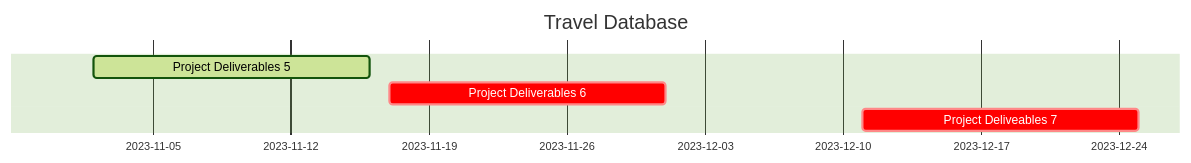
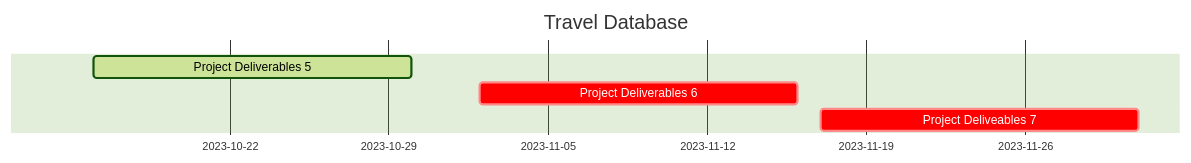
The second of 2 diagrams in DatabaseDesign.qmd (cmsc-vcu/cmsc508-fa2023-prj-traveldatabase-group), drawn with Mermaid (forest theme) before and after one commit. The commit also changed other lines of this file and 1 other file, not shown here.

````diff
--- a/DatabaseDesign.qmd
+++ b/DatabaseDesign.qmd
@@ -384,9 +384,9 @@
 ```{mermaid}
 gantt
-  dateFormat  2023-10-16
+  dateFormat  YYYY-MM-DD
     title       Travel Database
 
-     Project Deliverables 5 :active, a, 2023-11-02, 2w
-     Project Deliverables 6: crit, b, 2023-11-17, 2w
-    Project Deliveables 7 :crit, c, 2023-12-11, 2w
+     Project Deliverables 5 :active, a, 2023-10-16, 2w
+     Project Deliverables 6: crit, b, 2023-11-02, 2w
+    Project Deliveables 7 :crit, c, 2023-11-17, 2w
   ```
````
